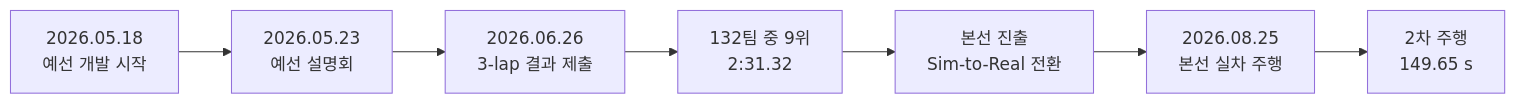
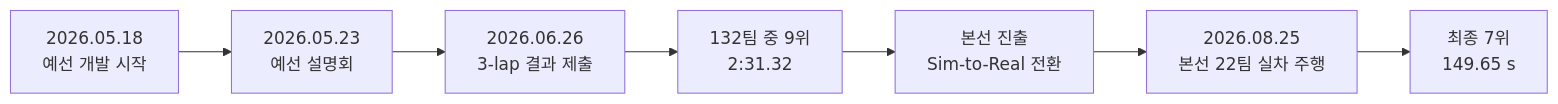
One commit to juuny0317-cmd/Kookmin2026 changed the first of 2 diagrams in README.md. Above: the diagram before and after it, drawn with Mermaid. The commit also changed other lines of this file and 4 other files, not shown here.

````diff
--- a/README.md
+++ b/README.md
@@ -14,9 +14,9 @@
 ```mermaid
 flowchart LR
     Q0[2026.05.18<br/>예선 개발 시작] --> Q1[2026.05.23<br/>예선 설명회]
     Q1 --> Q2[2026.06.26<br/>3-lap 결과 제출]
     Q2 --> Q3[132팀 중 9위<br/>2:31.32]
     Q3 --> M0[본선 진출<br/>Sim-to-Real 전환]
-    M0 --> M1[2026.08.25<br/>본선 실차 주행]
-    M1 --> M2[2차 주행<br/>149.65 s]
+    M0 --> M1[2026.08.25<br/>본선 22팀 실차 주행]
+    M1 --> M2[최종 7위<br/>149.65 s]
 ```
````
